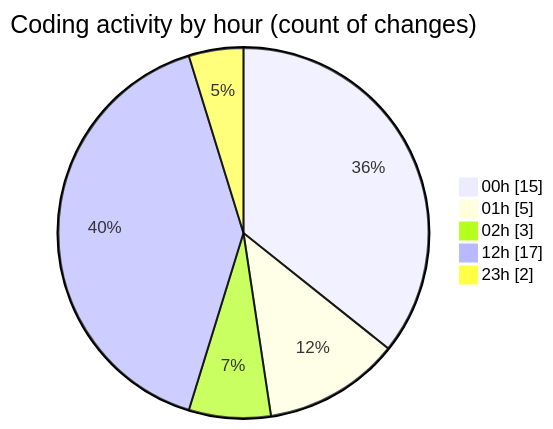
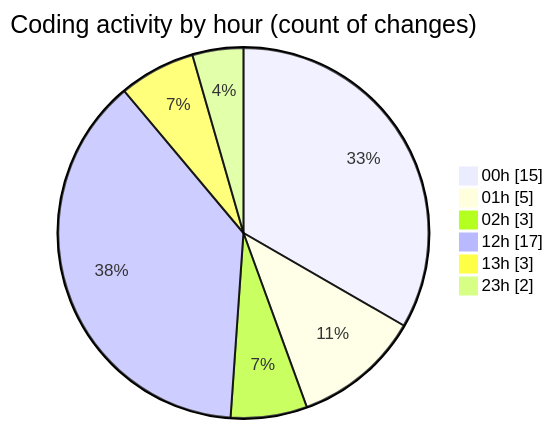
Before and after one commit to lephambinh05/code-tracking: the second of 2 diagrams in 2025-08-13/rentotp/README.md, drawn with Mermaid. The commit also changed other lines of this file and 1 other file, not shown here.

````diff
--- a/2025-08-13/rentotp/README.md
+++ b/2025-08-13/rentotp/README.md
@@ -39,9 +39,10 @@
 ```mermaid
 pie showData
 title Coding activity by hour (count of changes)
 "00h" : 15
 "01h" : 5
 "02h" : 3
 "12h" : 17
+"13h" : 3
 "23h" : 2
 ```
````
